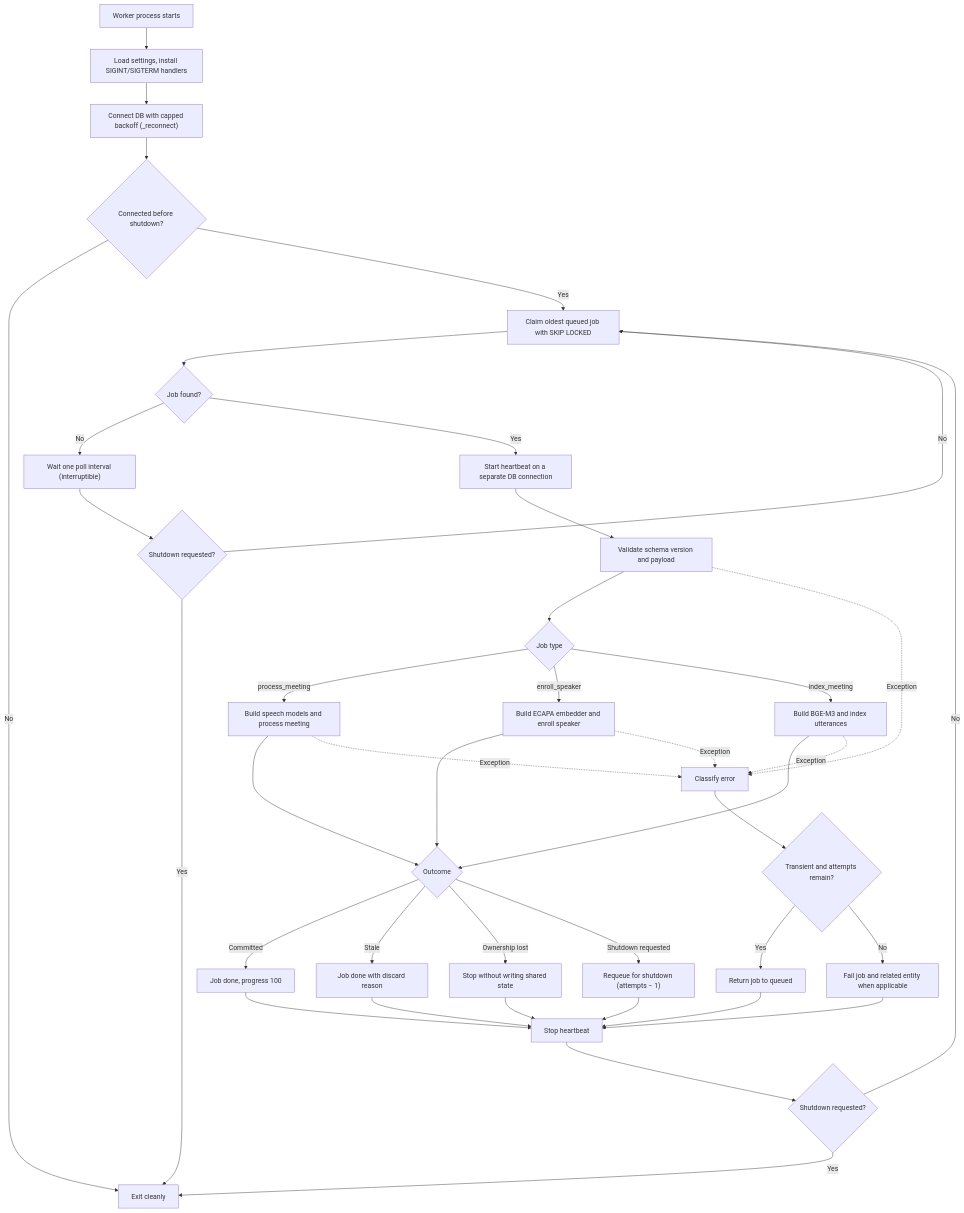
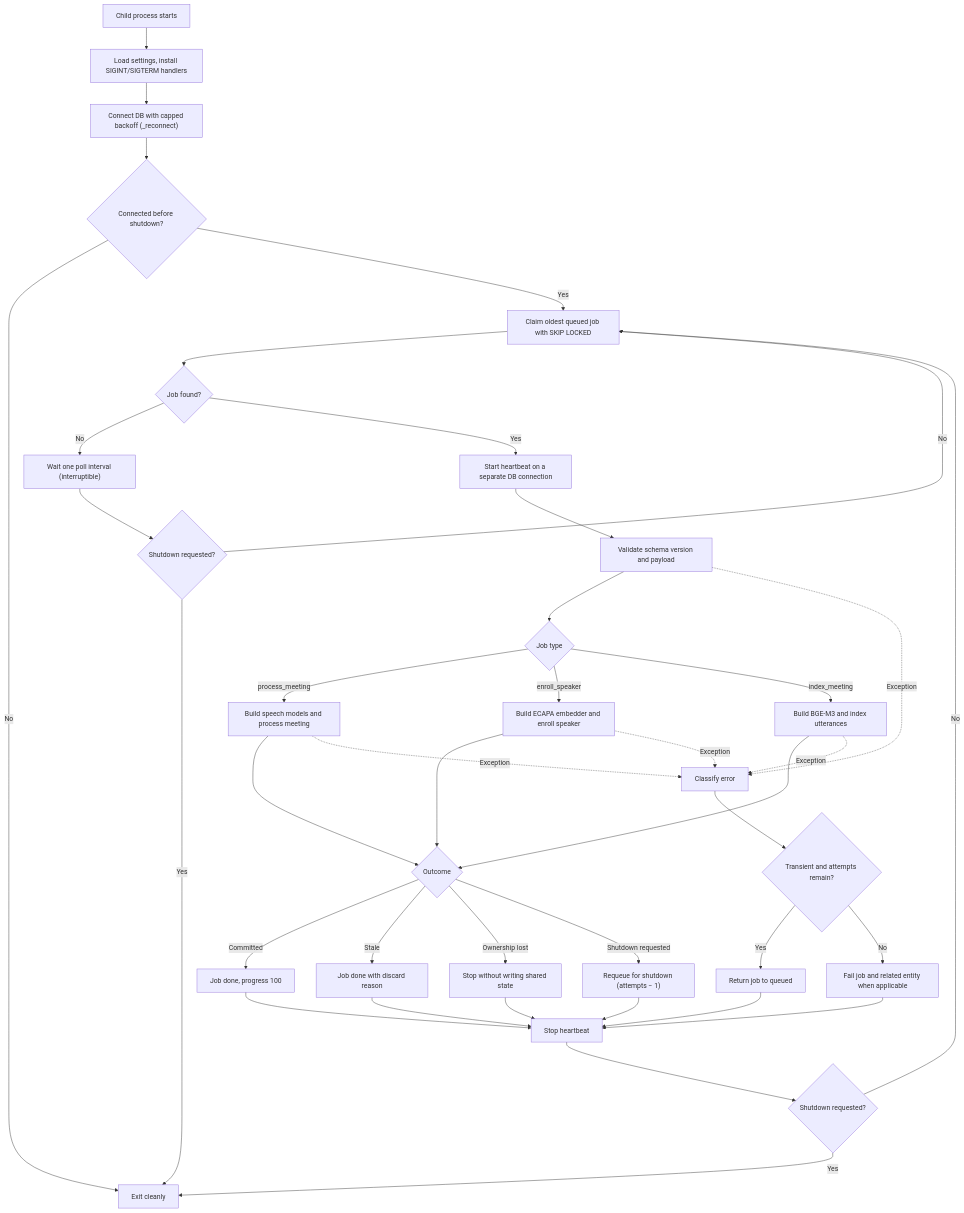
The second of 7 diagrams in be/docs/worker-architecture.md (Yjason-K/Damwha), drawn with Mermaid before and after one commit. The commit also changed other lines of this file and 1 other file, not shown here.

Commit message:
docs: update worker docs for subprocess-per-job supervisor model

````diff
--- a/be/docs/worker-architecture.md
+++ b/be/docs/worker-architecture.md
@@ -102,47 +104,47 @@
 ```mermaid
 flowchart TD
-    start["Worker process starts"] --> load["Load settings, install SIGINT/SIGTERM handlers"]
+    start["Child process starts"] --> load["Load settings, install SIGINT/SIGTERM handlers"]
     load --> connect["Connect DB with capped backoff (_reconnect)"]
     connect --> connOk{"Connected before shutdown?"}
     connOk -->|"No"| exit["Exit cleanly"]
     connOk -->|"Yes"| claim["Claim oldest queued job with SKIP LOCKED"]
     claim --> found{"Job found?"}
     found -->|"No"| idle["Wait one poll interval (interruptible)"]
     idle --> shutIdle{"Shutdown requested?"}
     shutIdle -->|"Yes"| exit
     shutIdle -->|"No"| claim
     found -->|"Yes"| beat["Start heartbeat on a separate DB connection"]
     beat --> validate["Validate schema version and payload"]
     validate --> route{"Job type"}
 
     route -->|"process_meeting"| process["Build speech models and process meeting"]
     route -->|"enroll_speaker"| enroll["Build ECAPA embedder and enroll speaker"]
     route -->|"index_meeting"| index["Build BGE-M3 and index utterances"]
 
     process --> outcome{"Outcome"}
     enroll --> outcome
     index --> outcome
 
     outcome -->|"Committed"| done["Job done, progress 100"]
     outcome -->|"Stale"| discarded["Job done with discard reason"]
     outcome -->|"Ownership lost"| lost["Stop without writing shared state"]
     outcome -->|"Shutdown requested"| shutReq["Requeue for shutdown (attempts − 1)"]
 
     validate -.->|"Exception"| classify["Classify error"]
     process -.->|"Exception"| classify
     enroll -.->|"Exception"| classify
     index -.->|"Exception"| classify
     classify --> retry{"Transient and attempts remain?"}
     retry -->|"Yes"| requeue["Return job to queued"]
     retry -->|"No"| failed["Fail job and related entity when applicable"]
 
     done --> stopBeat["Stop heartbeat"]
     discarded --> stopBeat
     lost --> stopBeat
     shutReq --> stopBeat
     requeue --> stopBeat
     failed --> stopBeat
     stopBeat --> shutAfter{"Shutdown requested?"}
     shutAfter -->|"Yes"| exit
     shutAfter -->|"No"| claim
 ```
````
